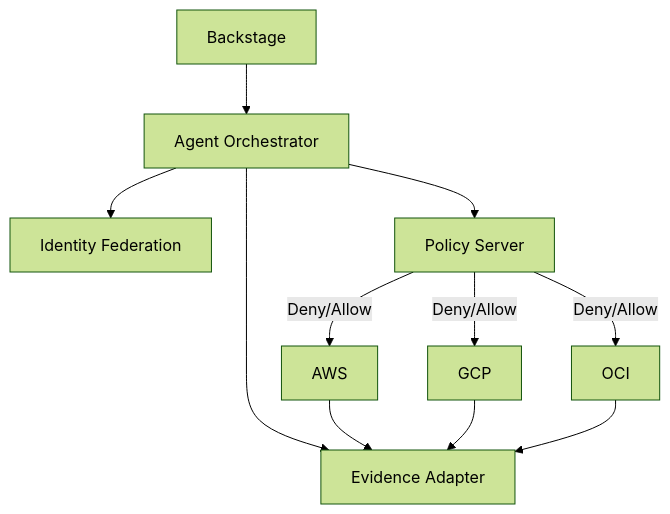
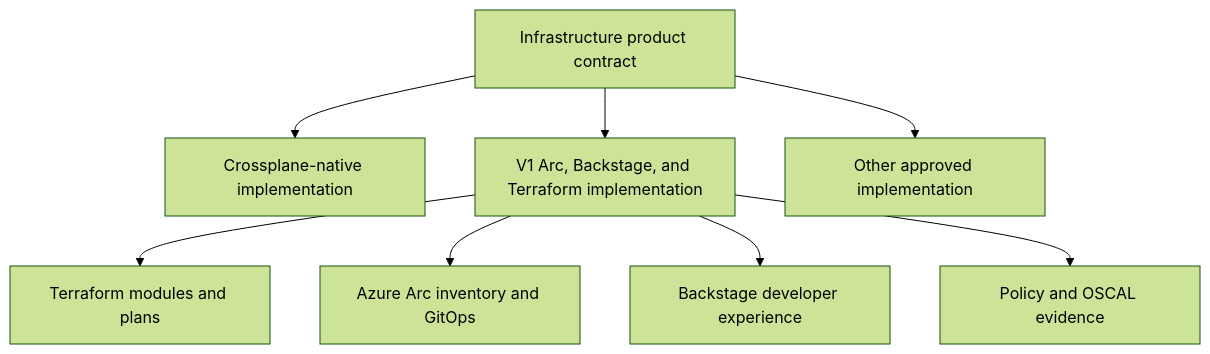
Before and after one commit to SAABOLImpactVenture/ai-powered-infrastructure-as-a-product: the sixth of 7 diagrams in README.md, drawn with Mermaid (forest theme). The commit also changed other lines of this file and 15 other files, not shown here.

First line of the commit message:
Align accelerator with Infrastructure-as-a-Product thesis (#86)

````diff
--- a/README.md
+++ b/README.md
@@ -78,20 +248,11 @@
 ```mermaid
 flowchart TB
-  P[Backstage] --> A[Agent Orchestrator]
-  A --> I[Identity Federation]
-  A --> POL[Policy Server]
-  A --> EVI[Evidence Adapter]
-  AWS[AWS]
-  GCP[GCP]
-  OCI[OCI]
-  POL -->|Deny/Allow| AWS
-  POL -->|Deny/Allow| GCP
-  POL -->|Deny/Allow| OCI
-  AWS --> EVI
-  GCP --> EVI
-  OCI --> EVI
-
-  %% Optional styling (safe on GitHub); remove these three lines if it still won't render.
-  classDef cloud fill:#0f172a,stroke:#334155,color:#fff;
-
+  PROD[Infrastructure product contract]
+  PROD --> XPIMPL[Crossplane-native implementation]
+  PROD --> V1[V1 Arc, Backstage, and Terraform implementation]
+  PROD --> OTHER[Other approved implementation]
+  V1 --> TF[Terraform modules and plans]
+  V1 --> ARC[Azure Arc inventory and GitOps]
+  V1 --> BS[Backstage developer experience]
+  V1 --> OSCAL[Policy and OSCAL evidence]
 ```
````
